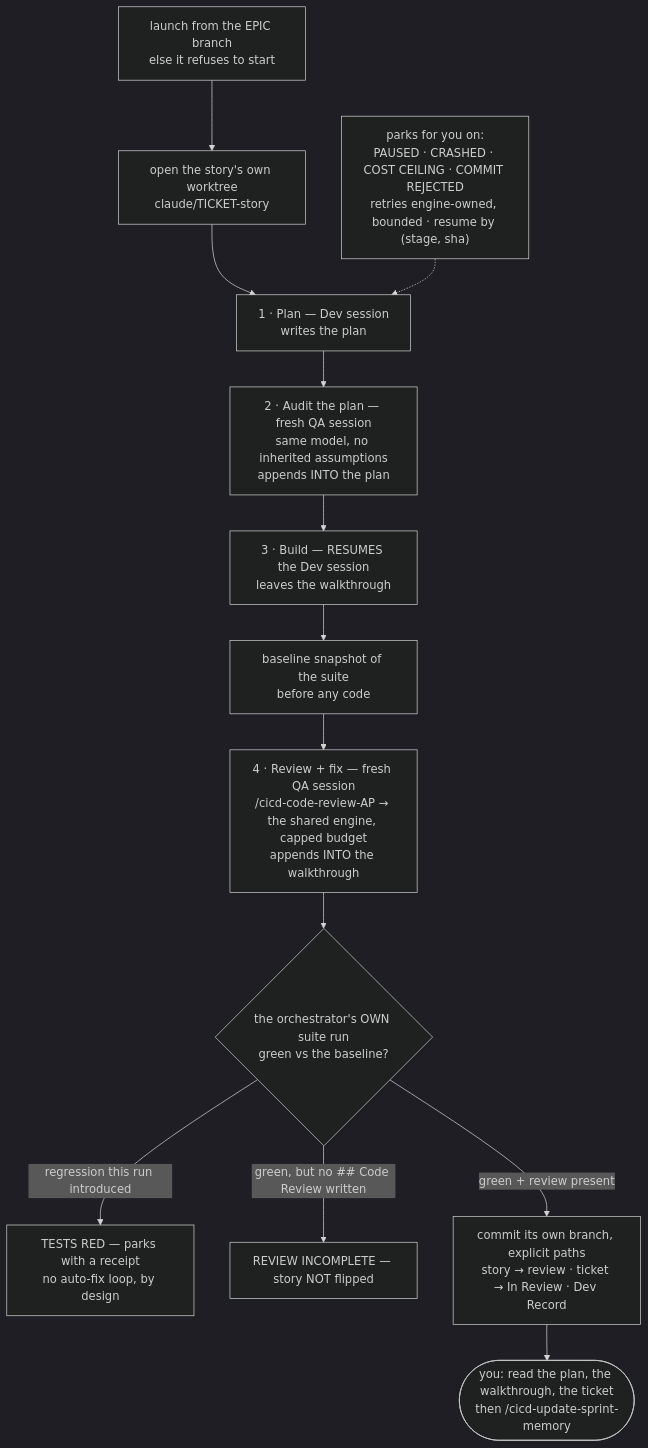
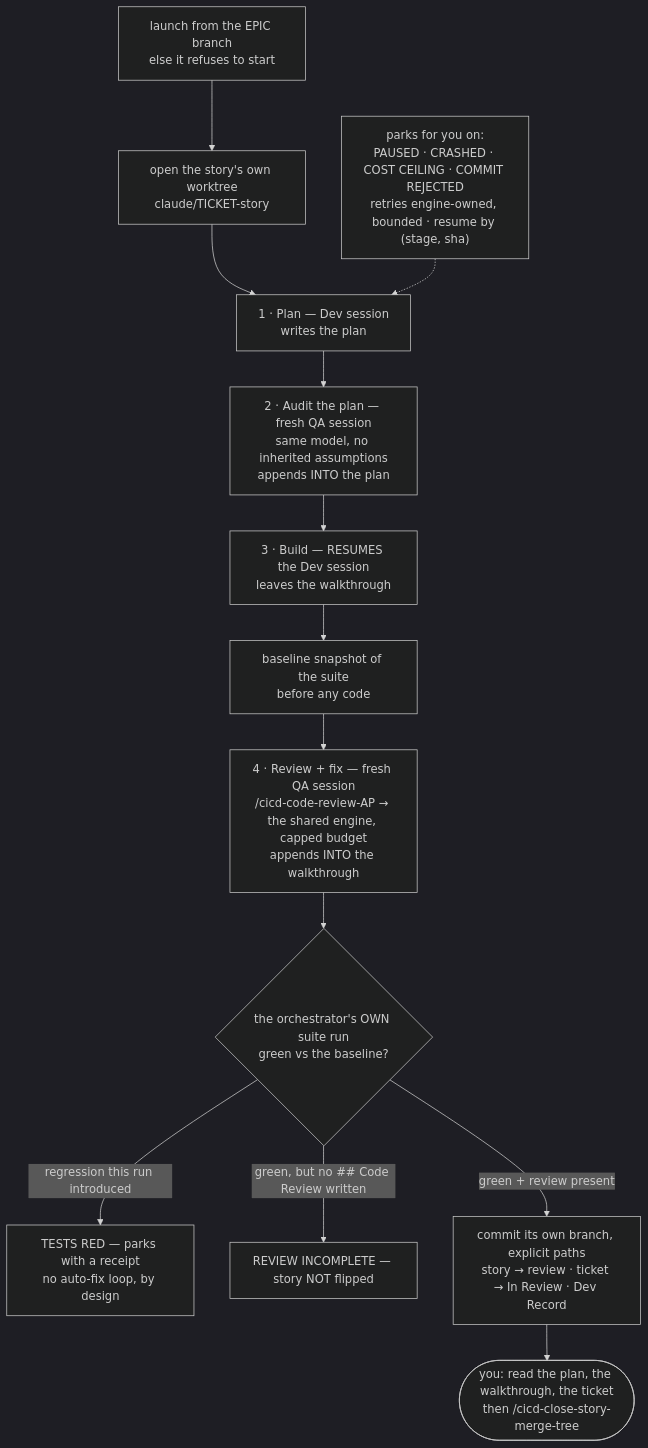
Before and after one commit to sudomadhatter/Sudo_Hatter_Command: diagram 40 of 45 in docs/_scc_sops_prds/workflows_testing_SOP.md, drawn with Mermaid (dark theme). The commit also changed other lines of this file and 97 other files, not shown here.

First line of the commit message:
SCC-210 rebalance the cicd close-out: the door, the save, and the prune

````diff
--- a/docs/_scc_sops_prds/workflows_testing_SOP.md
+++ b/docs/_scc_sops_prds/workflows_testing_SOP.md
@@ -3181,15 +3242,15 @@
 ```mermaid
 flowchart TD
     L["launch from the EPIC branch\nelse it refuses to start"] --> W["open the story's own worktree\nclaude/TICKET-story"]
     W --> S1["1 · Plan — Dev session\nwrites the plan"]
     S1 --> S2["2 · Audit the plan — fresh QA session\nsame model, no inherited assumptions\nappends INTO the plan"]
     S2 --> S3["3 · Build — RESUMES the Dev session\nleaves the walkthrough"]
     S3 --> BASE["baseline snapshot of the suite\nbefore any code"]
     BASE --> S4["4 · Review + fix — fresh QA session\n/cicd-code-review-AP → the shared engine, capped budget\nappends INTO the walkthrough"]
     S4 --> GATE{"the orchestrator's OWN suite run\ngreen vs the baseline?"}
     GATE -- "regression this run introduced" --> RED["TESTS RED — parks with a receipt\nno auto-fix loop, by design"]
     GATE -- "green, but no ## Code Review written" --> INC["REVIEW INCOMPLETE — story NOT flipped"]
     GATE -- "green + review present" --> OK["commit its own branch, explicit paths\nstory → review · ticket → In Review · Dev Record"]
-    OK --> YOU(["you: read the plan, the walkthrough, the ticket\nthen /cicd-update-sprint-memory"])
+    OK --> YOU(["you: read the plan, the walkthrough, the ticket\nthen /cicd-close-story-merge-tree"])
     STOPS["parks for you on:\nPAUSED · CRASHED · COST CEILING · COMMIT REJECTED\nretries engine-owned, bounded · resume by (stage, sha)"] -.-> S1
 ```
````
